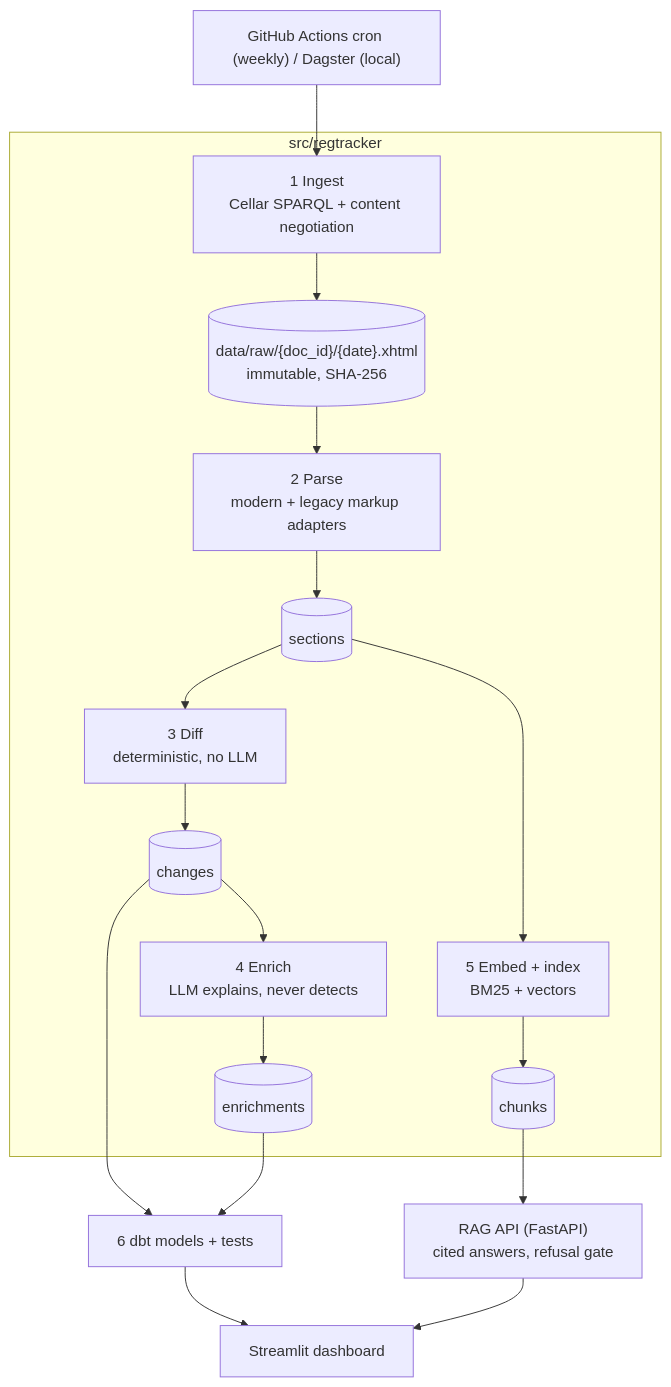
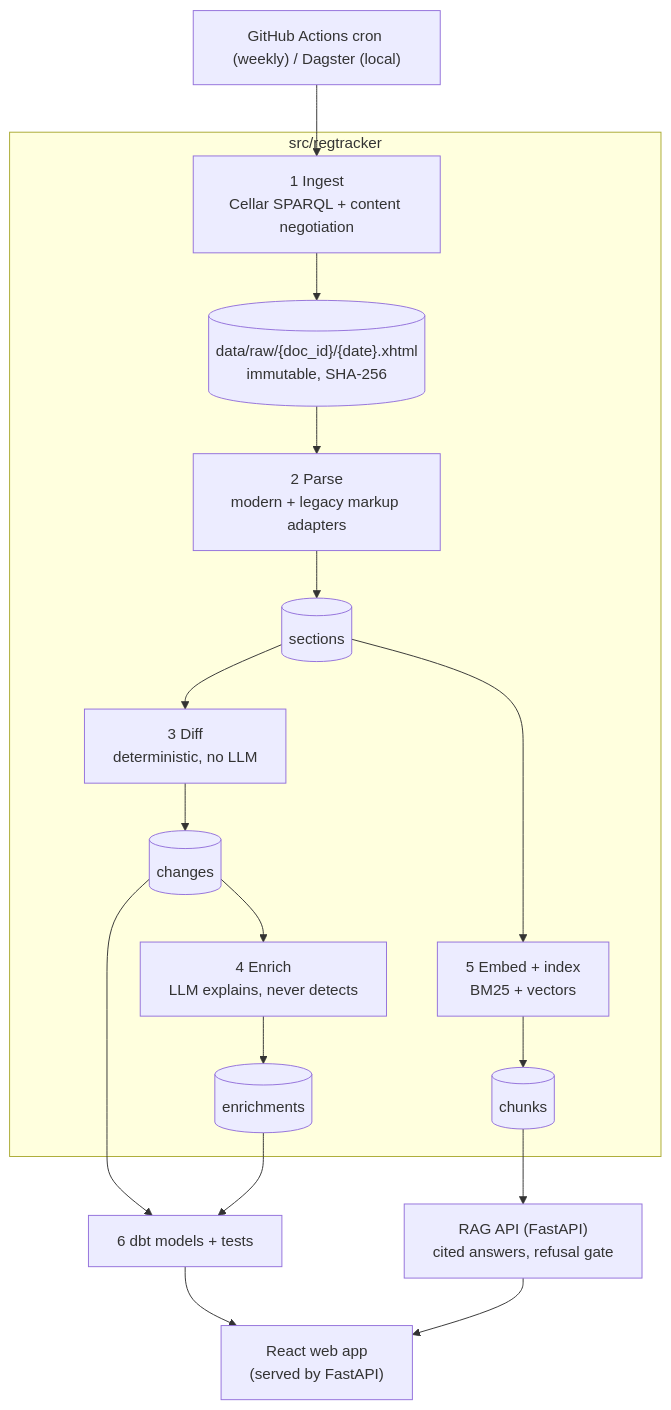
Before and after one commit to Aress07/Regulatory-and-policy-change-tracker: the diagram in docs/architecture.md, drawn with Mermaid. The commit also changed 11 other files, not shown here.

````diff
--- a/docs/architecture.md
+++ b/docs/architecture.md
@@ -3,20 +3,20 @@
 ```mermaid
 flowchart TD
     cron["GitHub Actions cron (weekly) / Dagster (local)"] --> ingest
     subgraph pipeline [src/regtracker]
         ingest["1 Ingest<br/>Cellar SPARQL + content negotiation"] --> raw[("data/raw/{doc_id}/{date}.xhtml<br/>immutable, SHA-256")]
         raw --> parse["2 Parse<br/>modern + legacy markup adapters"]
         parse --> sections[(sections)]
         sections --> diff["3 Diff<br/>deterministic, no LLM"]
         diff --> changes[(changes)]
         changes --> enrich["4 Enrich<br/>LLM explains, never detects"]
         enrich --> enrichments[(enrichments)]
         sections --> index["5 Embed + index<br/>BM25 + vectors"]
         index --> chunks[(chunks)]
     end
     changes --> dbt["6 dbt models + tests"]
     enrichments --> dbt
-    dbt --> app["Streamlit dashboard"]
+    dbt --> app["React web app<br/>(served by FastAPI)"]
     chunks --> rag["RAG API (FastAPI)<br/>cited answers, refusal gate"]
     rag --> app
 ```
````
